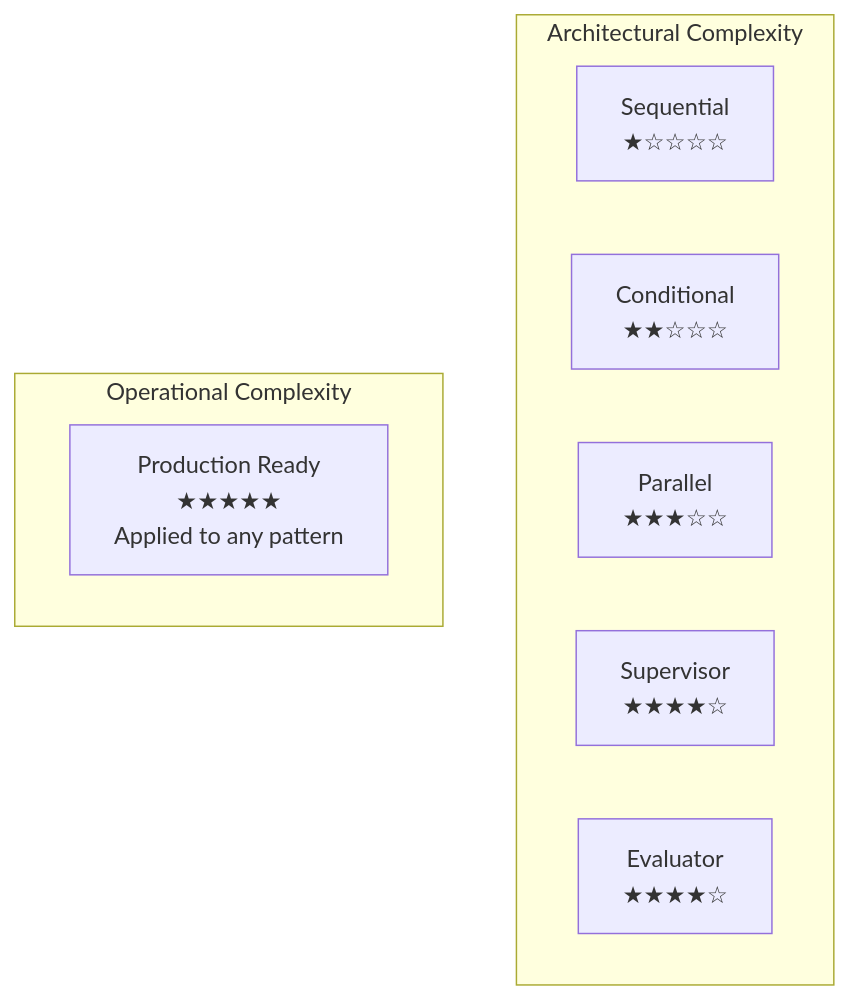
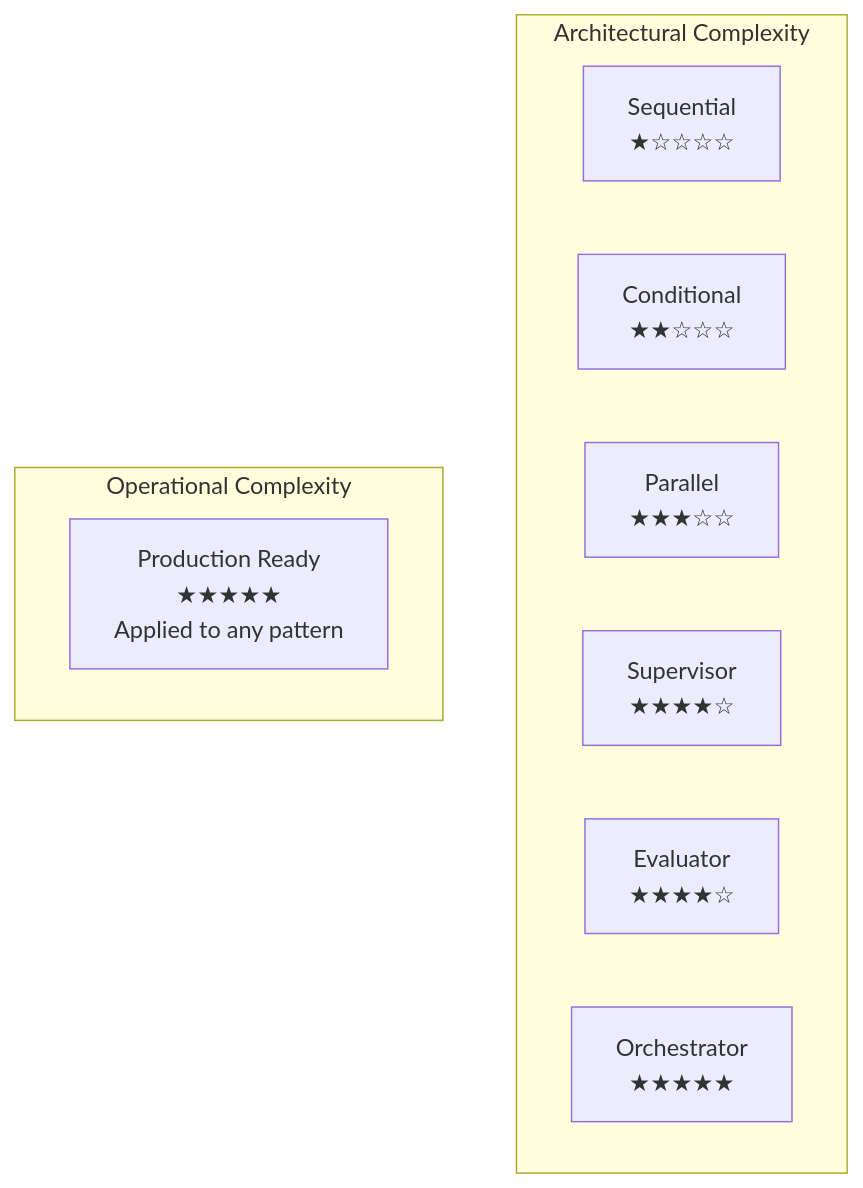
The tenth of 11 diagrams in PATTERNS.md (rulala/fac-ws_ai_multi-agent), drawn with Mermaid before and after one commit. The commit also changed other lines of this file, not shown here.

Commit message:
docs: update PATTERNS.md with orchestrator-worker

````diff
--- a/PATTERNS.md
+++ b/PATTERNS.md
@@ -267,14 +308,15 @@
 ```mermaid
 graph TD
     subgraph "Architectural Complexity"
         Sequential[Sequential<br/>★☆☆☆☆]
         Conditional[Conditional<br/>★★☆☆☆]
         Parallel[Parallel<br/>★★★☆☆]
         Supervisor[Supervisor<br/>★★★★☆]
         Evaluator[Evaluator<br/>★★★★☆]
+        Orchestrator[Orchestrator<br/>★★★★★]
     end
 
     subgraph "Operational Complexity"
         Production[Production Ready<br/>★★★★★<br/>Applied to any pattern]
     end
 ```
````
